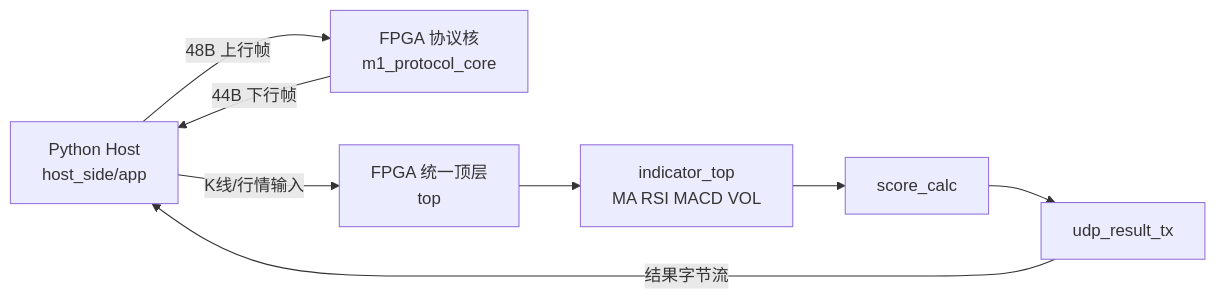
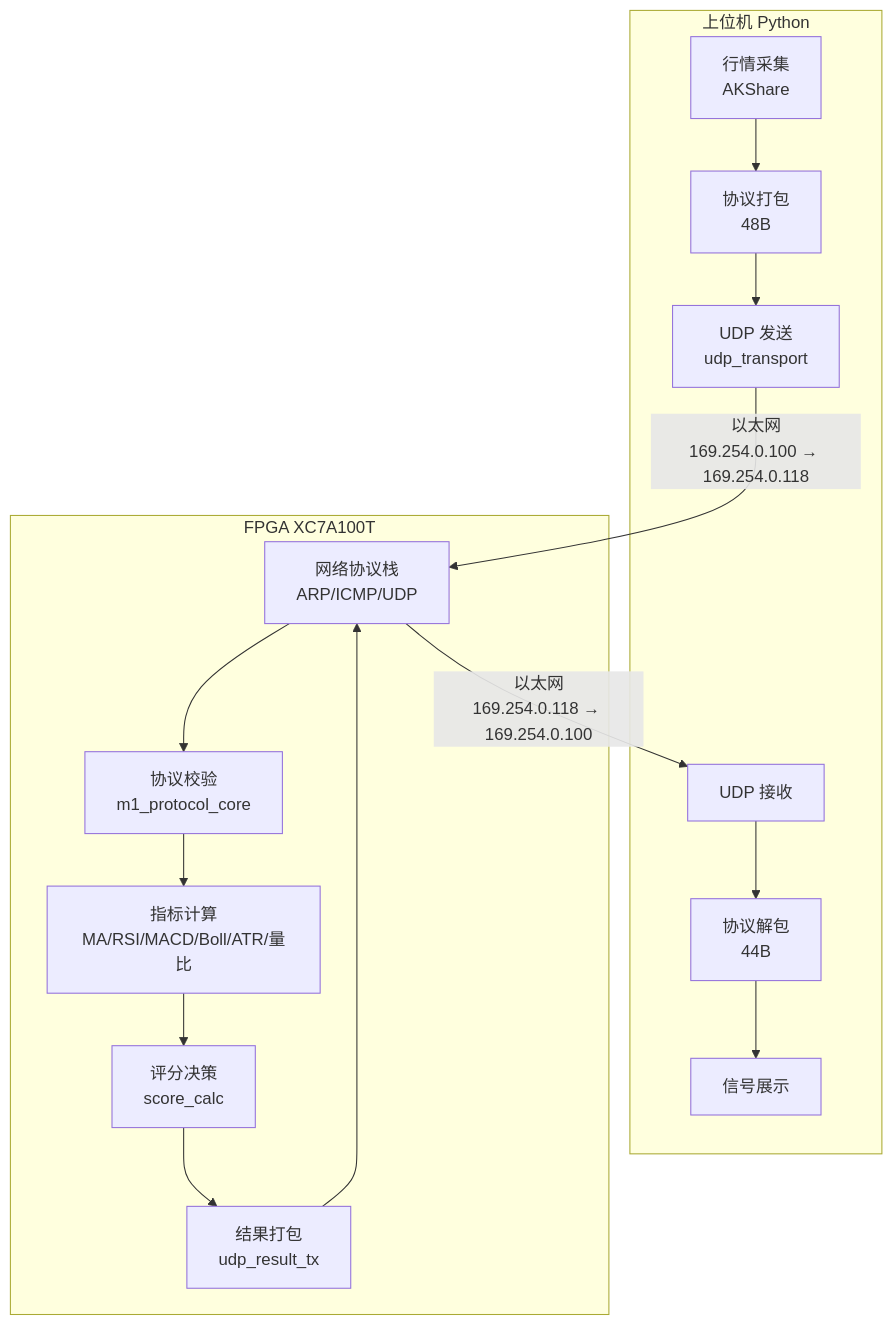
Before and after one commit to JINTIAN-LH/FPGA_changeProject: the diagram in README.md, drawn with Mermaid. The commit also changed other lines of this file and 24 other files, not shown here.

````diff
--- a/README.md
+++ b/README.md
@@ -14,11 +34,22 @@
 ```mermaid
-flowchart LR
-    A[Python Host<br/>host_side/app] -->|48B 上行帧| B[FPGA 协议核<br/>m1_protocol_core]
-    B -->|44B 下行帧| A
+flowchart TB
+    subgraph PC[上位机 Python]
+        P1[行情采集<br/>AKShare] --> P2[协议打包<br/>48B]
+        P2 --> P3[UDP 发送<br/>udp_transport]
+        P4[UDP 接收] --> P5[协议解包<br/>44B]
+        P5 --> P6[信号展示]
+    end
 
-    A -->|K线/行情输入| C[FPGA 统一顶层<br/>top]
-    C --> D[indicator_top<br/>MA RSI MACD VOL]
-    D --> E[score_calc]
-    E --> F[udp_result_tx]
-    F -->|结果字节流| A
+    subgraph FPGA[FPGA XC7A100T]
+        F1[网络协议栈<br/>ARP/ICMP/UDP]
+        F2[协议校验<br/>m1_protocol_core]
+        F3[指标计算<br/>MA/RSI/MACD/Boll/ATR/量比]
+        F4[评分决策<br/>score_calc]
+        F5[结果打包<br/>udp_result_tx]
+
+        F1 --> F2 --> F3 --> F4 --> F5 --> F1
+    end
+
+    P3 -->|以太网<br/>169.254.0.100 → 169.254.0.118| F1
+    F1 -->|以太网<br/>169.254.0.118 → 169.254.0.100| P4
 ```
````
